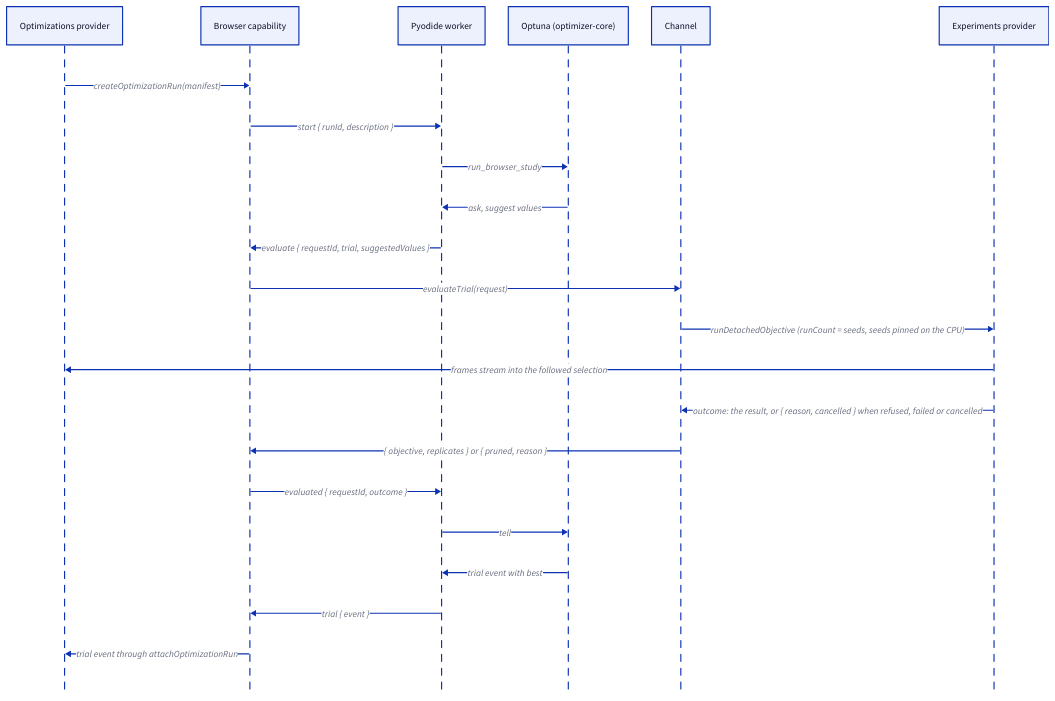
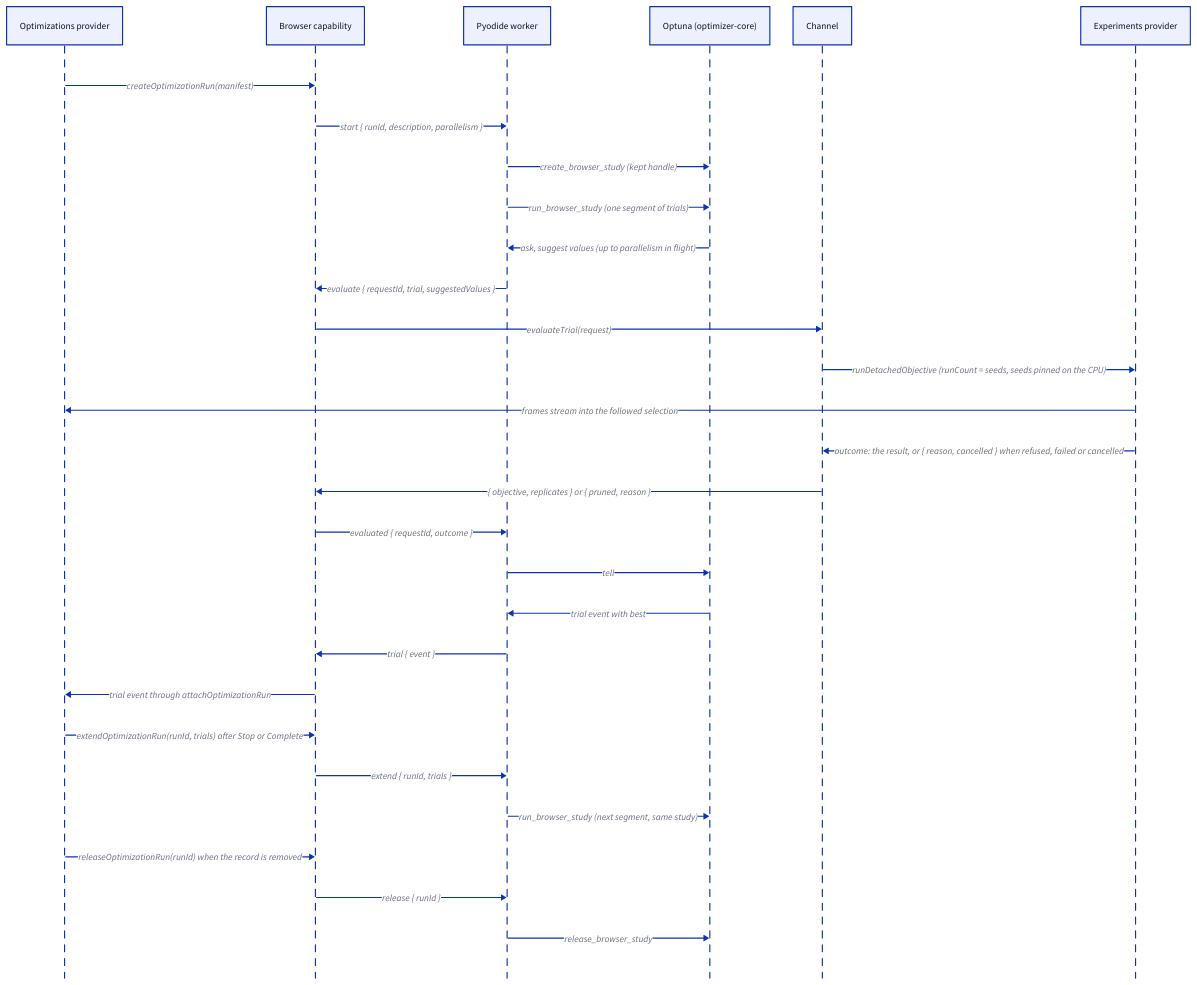
Before and after one commit to hashintel/hash: the diagram in libs/@local/petrinaut-arch-docs/content/diagrams/browser-optimization-loop.d2, drawn with D2. The commit also changed 2 other files, not shown here.

Commit message:
Document stopping, continuing and parallel steps in the browser optimizer

```diff
--- a/libs/@local/petrinaut-arch-docs/content/diagrams/browser-optimization-loop.d2
+++ b/libs/@local/petrinaut-arch-docs/content/diagrams/browser-optimization-loop.d2
@@ -1,25 +1,32 @@
 # Hand-written; rendered by the arch-docs build.
 shape: sequence_diagram
 
 provider: Optimizations provider
 capability: Browser capability
 worker: Pyodide worker
 optuna: Optuna (optimizer-core)
 channel: Channel
 experiments: Experiments provider
 
 provider -> capability: createOptimizationRun(manifest)
-capability -> worker: "start { runId, description }"
-worker -> optuna: run_browser_study
-optuna -> worker: ask, suggest values
+capability -> worker: "start { runId, description, parallelism }"
+worker -> optuna: create_browser_study (kept handle)
+worker -> optuna: run_browser_study (one segment of trials)
+optuna -> worker: ask, suggest values (up to parallelism in flight)
 worker -> capability: "evaluate { requestId, trial, suggestedValues }"
 capability -> channel: evaluateTrial(request)
 channel -> experiments: "runDetachedObjective (runCount = seeds, seeds pinned on the CPU)"
 experiments -> provider: frames stream into the followed selection
 experiments -> channel: "outcome: the result, or { reason, cancelled } when refused, failed or cancelled"
 channel -> capability: "{ objective, replicates } or { pruned, reason }"
 capability -> worker: "evaluated { requestId, outcome }"
 worker -> optuna: tell
 optuna -> worker: trial event with best
 worker -> capability: "trial { event }"
 capability -> provider: trial event through attachOptimizationRun
+provider -> capability: "extendOptimizationRun(runId, trials) after Stop or Complete"
+capability -> worker: "extend { runId, trials }"
+worker -> optuna: run_browser_study (next segment, same study)
+provider -> capability: releaseOptimizationRun(runId) when the record is removed
+capability -> worker: "release { runId }"
+worker -> optuna: release_browser_study
```
